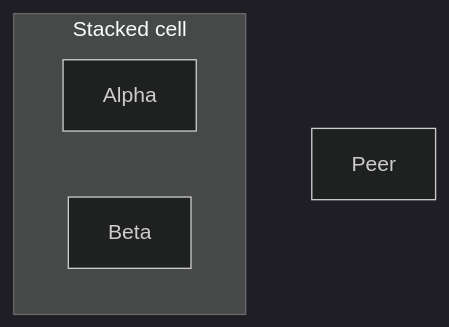
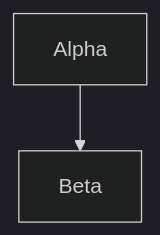
The fourth of 6 diagrams in docs/syntax/grid-layout.md (mermaid-js/mermaid), drawn with Mermaid (dark theme) before and after one commit. The commit also changed other lines of this file and 1 other file, not shown here.

````diff
--- a/docs/syntax/grid-layout.md
+++ b/docs/syntax/grid-layout.md
@@ -155,14 +153,12 @@
 ```mermaid
 ---
 config:
   layout: grid
   grid:
     cellGap: 16
 ---
 flowchart TB
-  subgraph G["Stacked cell"]
-    A["Alpha"]@{ row: 1, column: 1, horizontalAlign: left, verticalAlign: bottom }
-    B["Beta"]@{ row: 1, column: 1, horizontalAlign: right, verticalAlign: bottom }
-  end
-  C["Peer"]@{ row: 1, column: 2 }
+  A["Alpha"]@{ row: 1, column: 1, horizontalAlign: left, verticalAlign: bottom }
+  B["Beta"]@{ row: 1, column: 1, horizontalAlign: right, verticalAlign: bottom }
+  A --> B
 ```
````
